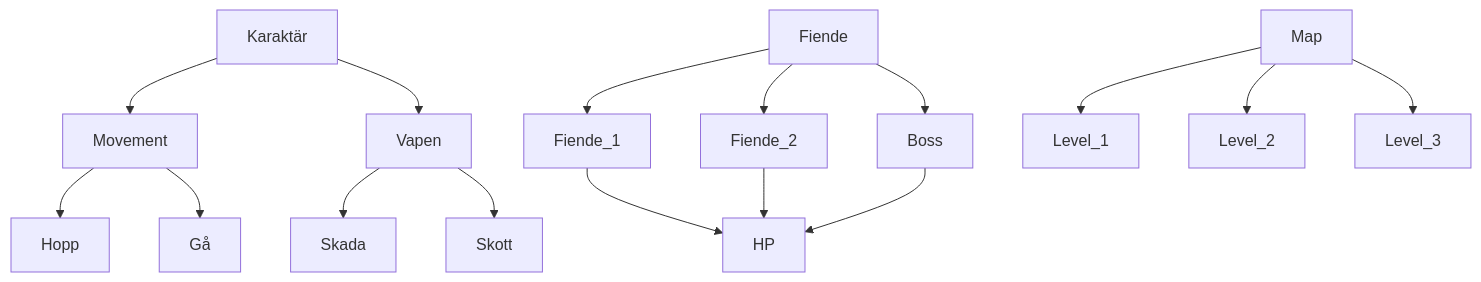
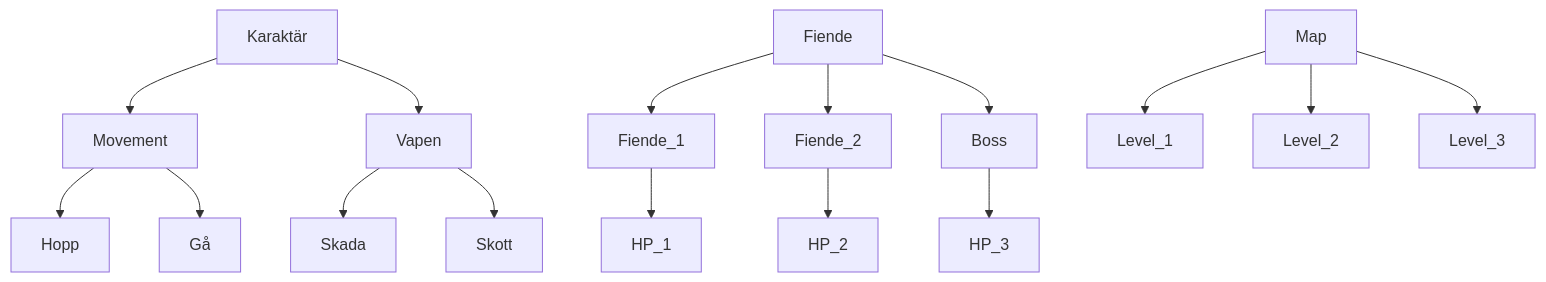
The diagram in Dokumentation/Start.mmd (WilleGyr/Project-Intro-Ingenjorsarbete), drawn with Mermaid before and after one commit.

```diff
--- a/Dokumentation/Start.mmd
+++ b/Dokumentation/Start.mmd
@@ -1,24 +1,24 @@
 graph TD
 
 Karaktär --> Movement
 Karaktär --> Vapen
 
 Vapen --> Skada
 Vapen --> Skott
 
 Movement --> Hopp
 Movement --> Gå
 
 Fiende --> Fiende_1
 Fiende --> Fiende_2
 Fiende --> Boss
 
-Fiende_1 --> HP
+Fiende_1 --> HP_1
 
-Fiende_2 --> HP
+Fiende_2 --> HP_2
 
-Boss --> HP
+Boss --> HP_3
 
 Map --> Level_1
 Map --> Level_2
 Map --> Level_3
```
